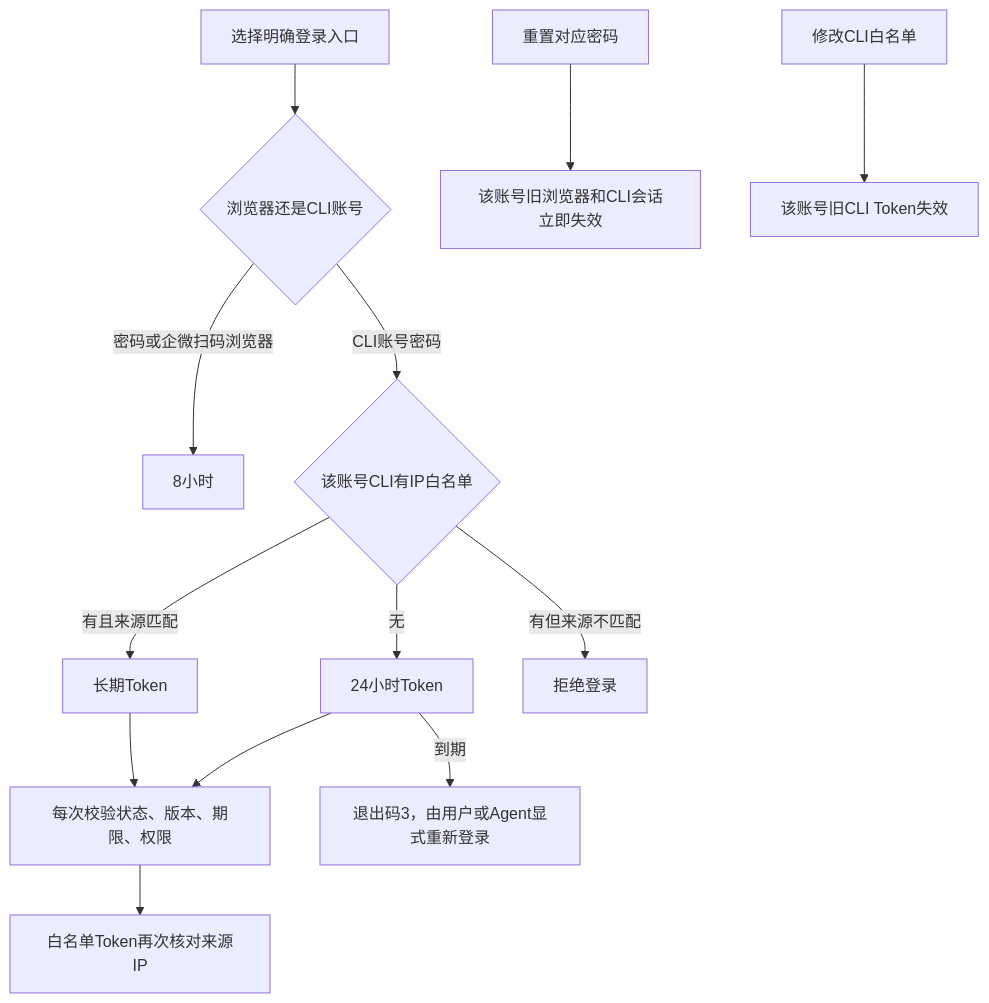
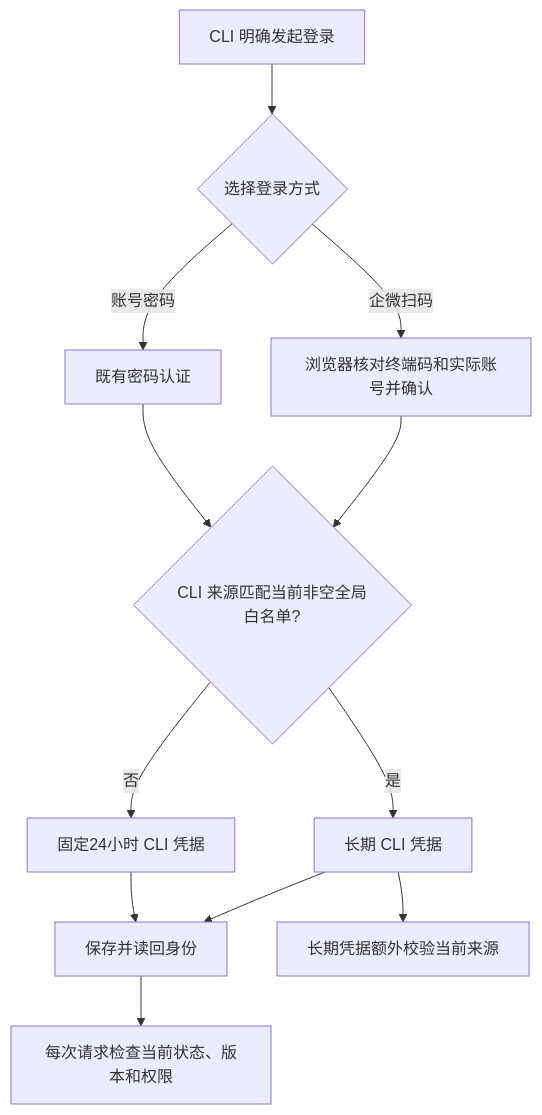
Before and after one commit to qianlan33333-png/aicrm-cli: the diagram in docs/authentication.md, drawn with Mermaid. The commit also changed other lines of this file and 2 other files, not shown here.

Commit message:
docs(cli): prepare WeCom login release and bind build provenance

````diff
--- a/docs/authentication.md
+++ b/docs/authentication.md
@@ -12,15 +11,14 @@
 ```mermaid
 flowchart TD
- A[选择明确登录入口] --> B{浏览器还是CLI账号}
- B -->|密码或企微扫码浏览器| C[8小时]
- B -->|CLI账号密码| D{该账号CLI有IP白名单}
- D -->|无| E[24小时Token]
- D -->|有且来源匹配| F[长期Token]
- D -->|有但来源不匹配| G[拒绝登录]
- E --> H[每次校验状态、版本、期限、权限]
- F --> H
- H --> I[白名单Token再次核对来源IP]
- R[重置对应密码] --> S[该账号旧浏览器和CLI会话立即失效]
- P[修改CLI白名单] --> T[该账号旧CLI Token失效]
- E -->|到期| U[退出码3，由用户或Agent显式重新登录]
+ A[CLI 明确发起登录] --> B{选择登录方式}
+ B -->|企微扫码| C[浏览器核对终端码和实际账号并确认]
+ B -->|账号密码| D[既有密码认证]
+ C --> E{CLI 来源匹配当前非空全局白名单?}
+ D --> E
+ E -->|是| F[长期 CLI 凭据]
+ E -->|否| G[固定24小时 CLI 凭据]
+ F --> H[保存并读回身份]
+ G --> H
+ H --> I[每次请求检查当前状态、版本和权限]
+ F --> J[长期凭据额外校验当前来源]
 ```
````
